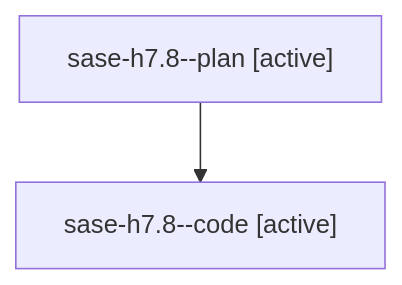
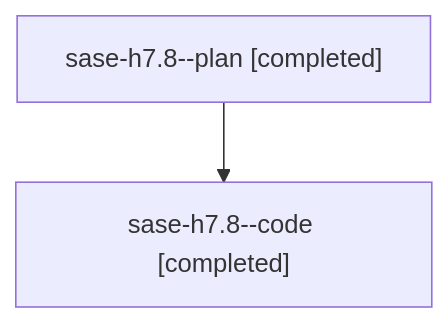
Before and after one commit to sase-org/sase--agents: the diagram in families/bbugyi200.athena.sase-h7.8.md, drawn with Mermaid. The commit also changed other lines of this file and 48 other files, not shown here.

````diff
--- a/families/bbugyi200.athena.sase-h7.8.md
+++ b/families/bbugyi200.athena.sase-h7.8.md
@@ -9,6 +9,6 @@
 ```mermaid
 flowchart TD
-  n0["sase-h7.8--plan [active]"]
-  n1["sase-h7.8--code [active]"]
+  n0["sase-h7.8--plan [completed]"]
+  n1["sase-h7.8--code [completed]"]
   n0 --> n1
 ```
````
